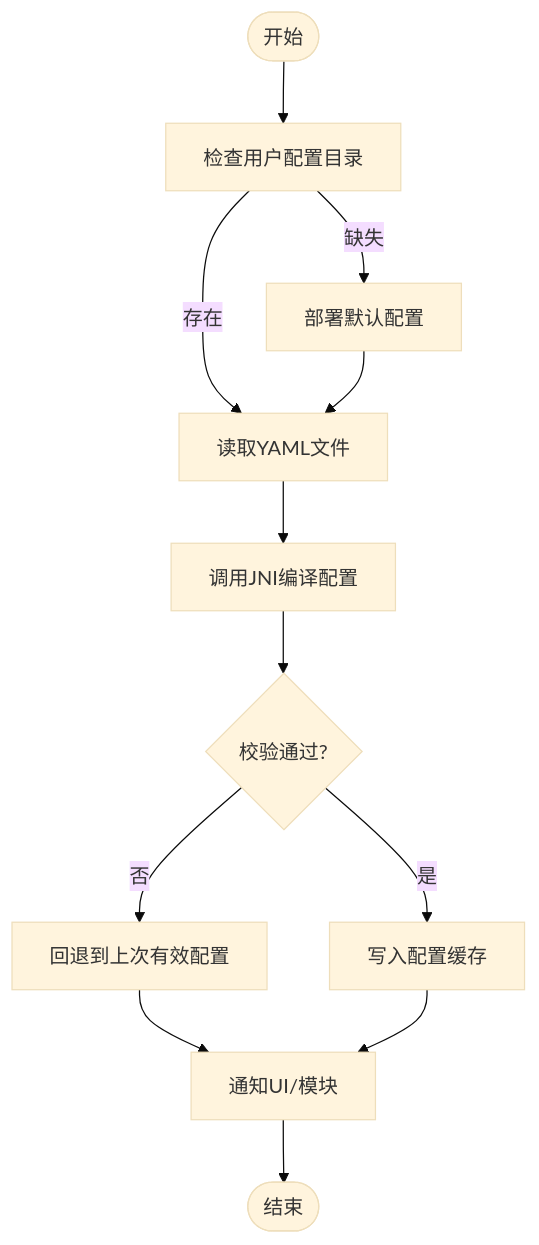
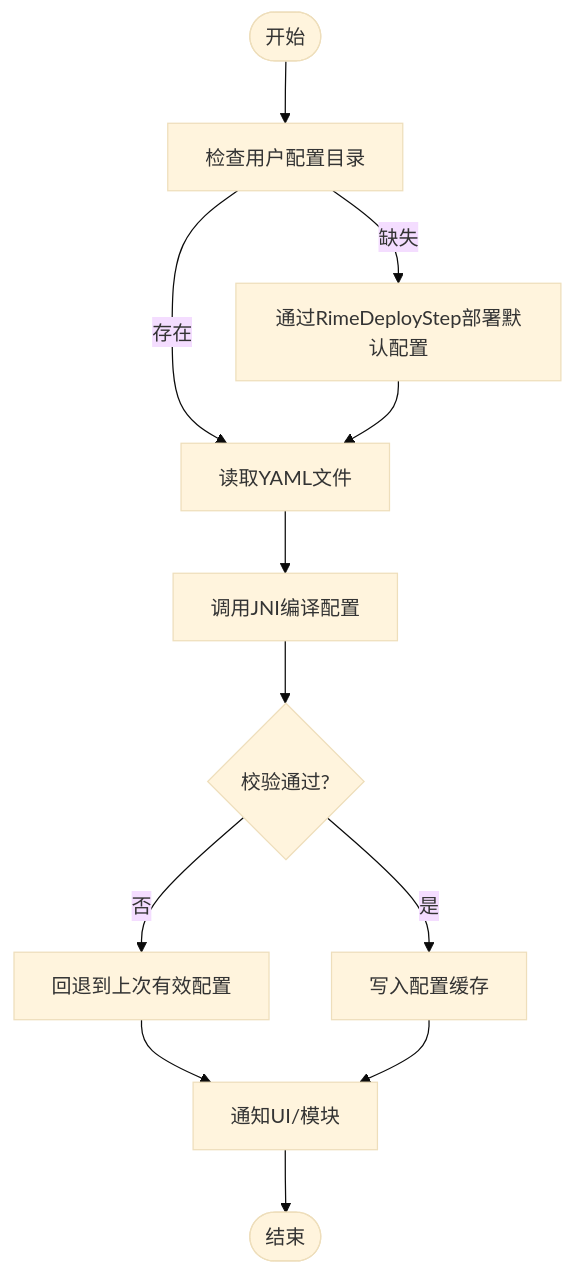
Before and after one commit to qiaodashaoye/ziyou-ime: the third of 6 diagrams in .qoder/repowiki/zh/content/配置管理/配置管理.md, drawn with Mermaid (base theme). The commit also changed other lines of this file and 7 other files, not shown here.

````diff
--- a/.qoder/repowiki/zh/content/配置管理/配置管理.md
+++ b/.qoder/repowiki/zh/content/配置管理/配置管理.md
@@ -135,14 +168,14 @@
 ```mermaid
 flowchart TD
 Start(["开始"]) --> CheckDir["检查用户配置目录"]
-CheckDir --> |缺失| Deploy["部署默认配置"]
+CheckDir --> |缺失| Deploy["通过RimeDeployStep部署默认配置"]
 CheckDir --> |存在| LoadYaml["读取YAML文件"]
 Deploy --> LoadYaml
 LoadYaml --> Compile["调用JNI编译配置"]
 Compile --> Valid{"校验通过?"}
 Valid --> |否| Fallback["回退到上次有效配置"]
 Valid --> |是| Cache["写入配置缓存"]
 Fallback --> Notify["通知UI/模块"]
 Cache --> Notify
 Notify --> End(["结束"])
 ```
````
